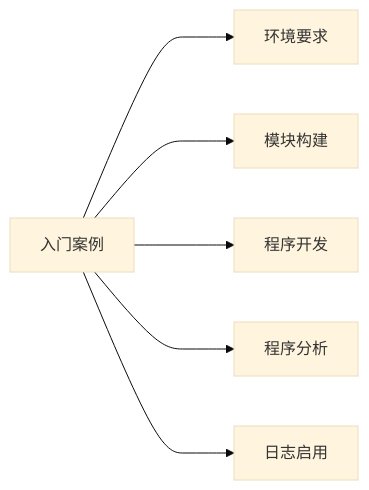
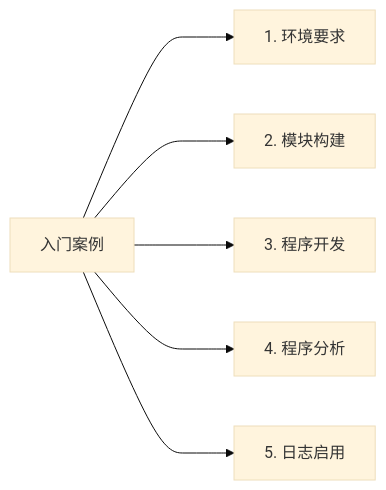
The third of 4 diagrams in src/md/java/spring6/2023-01-31-all.md (TZ0385/JavaPark), drawn with Mermaid (base theme) before and after one commit. The commit also changed other lines of this file, not shown here.

````diff
--- a/src/md/java/spring6/2023-01-31-all.md
+++ b/src/md/java/spring6/2023-01-31-all.md
@@ -151,8 +151,8 @@
 ```mermaid
 graph LR
-入门案例 ---> A[环境要求]
-入门案例 ---> B[模块构建]
-入门案例 ---> C[程序开发]
-入门案例 ---> D[程序分析]
-入门案例 ---> E[日志启用]
+入门案例 ---> A[1. 环境要求]
+入门案例 ---> B[2. 模块构建]
+入门案例 ---> C[3. 程序开发]
+入门案例 ---> D[4. 程序分析]
+入门案例 ---> E[5. 日志启用]
 ```
````
